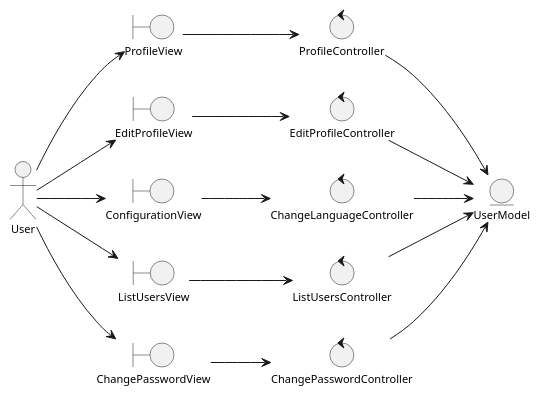
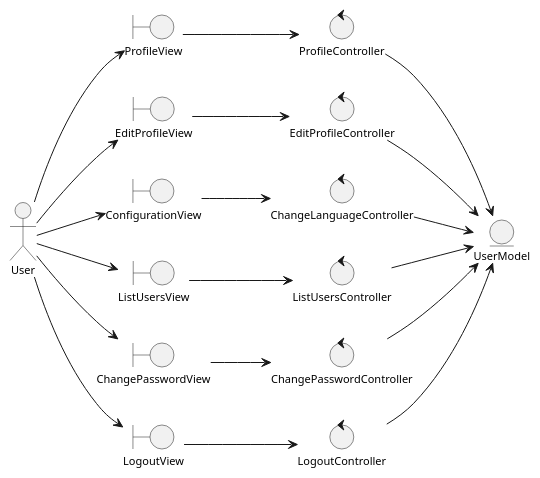
The diagram in Análisis/Clases de Análisis/analysisClassDiagramUserManagement.plantuml (valeraruggierotesisucv/tesis-frameworks-mobile-diagrams), drawn with PlantUML before and after one commit. The commit also changed 4 other files, not shown here.

Commit message:
Update user management and social interactions diagrams: add LogoutView and LogoutController, remove UnfollowUserController and DislikeEventController interactions.

```diff
--- a/Análisis/Clases de Análisis/analysisClassDiagramUserManagement.plantuml
+++ b/Análisis/Clases de Análisis/analysisClassDiagramUserManagement.plantuml
@@ -1,41 +1,44 @@
 @startuml analysisClassDiagramUserManagement
 skinparam style strictuml
 left to right direction
 skinparam defaultTextAlignment center
 skinparam defaultFontSize 11
 
 actor "User" as user
 
 entity "UserModel" as userModel
 
 boundary "ProfileView" as profileView
 boundary "EditProfileView" as editProfileView
 boundary "ConfigurationView" as configurationView
 boundary "ListUsersView" as listUsersView
 boundary "ChangePasswordView" as changePasswordView
-
+boundary "LogoutView" as logoutView
 control "ProfileController" as profileController
 control "EditProfileController" as editProfileController
 control "ChangeLanguageController" as changeLanguageController
 control "ChangePasswordController" as changePasswordController
 control "ListUsersController" as listUsersController
+control "LogoutController" as logoutController
 
 user --> profileView
 user --> editProfileView
 user --> configurationView
 user --> listUsersView
 user --> changePasswordView
+user --> logoutView
 
 profileView --> profileController
 editProfileView --> editProfileController
 configurationView --> changeLanguageController
+logoutView --> logoutController
 changePasswordView --> changePasswordController
 listUsersView --> listUsersController
-
 profileController --> userModel
 editProfileController --> userModel
 changeLanguageController --> userModel
 changePasswordController --> userModel
 listUsersController --> userModel
+logoutController --> userModel
 
 @enduml
```
